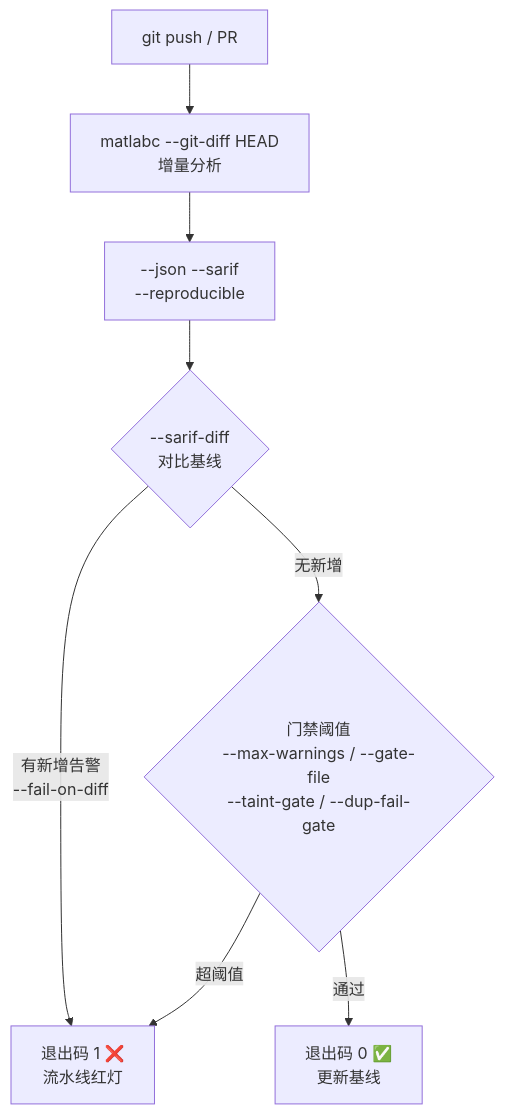
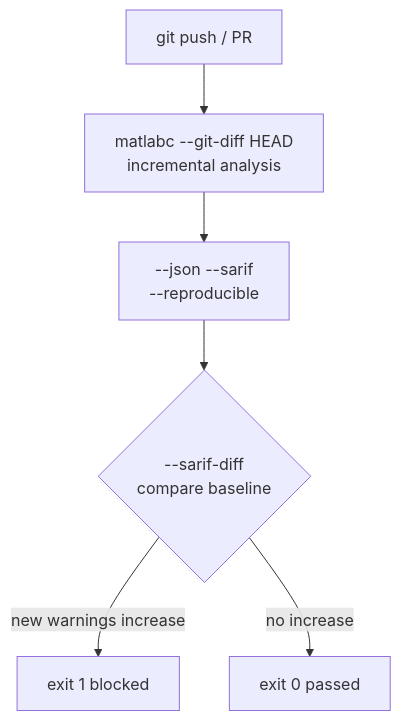
One commit to pony-029/malabc changed the fourth of 4 diagrams in README.md. Above: the diagram before and after it, drawn with Mermaid. The commit also changed other lines of this file and 4 other files, not shown here.

````diff
--- a/README.md
+++ b/README.md
@@ -271,10 +274,8 @@
 ```mermaid
 flowchart TD
-    S["git push / PR"] --> A["matlabc --git-diff HEAD<br/>增量分析"]
+    S["git push / PR"] --> A["matlabc --git-diff HEAD<br/>incremental analysis"]
     A --> J["--json --sarif<br/>--reproducible"]
-    J --> D{"--sarif-diff<br/>对比基线"}
-    D -->|有新增告警<br/>--fail-on-diff| X["退出码 1 ❌<br/>流水线红灯"]
-    D -->|无新增| G{"门禁阈值<br/>--max-warnings / --gate-file<br/>--taint-gate / --dup-fail-gate"}
-    G -->|超阈值| X
-    G -->|通过| O["退出码 0 ✅<br/>更新基线"]
+    J --> D{"--sarif-diff<br/>compare baseline"}
+    D -->|new warnings increase| F["exit 1 blocked"]
+    D -->|no increase| P["exit 0 passed"]
 ```
````
